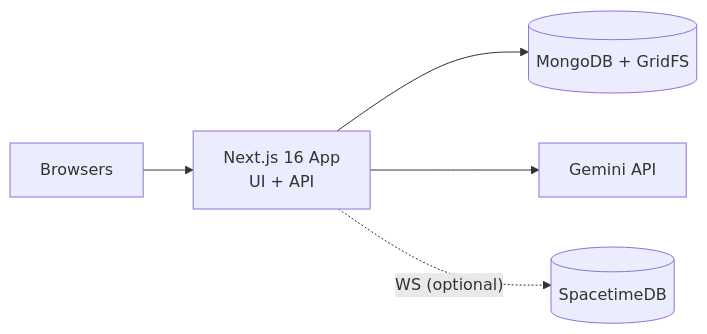
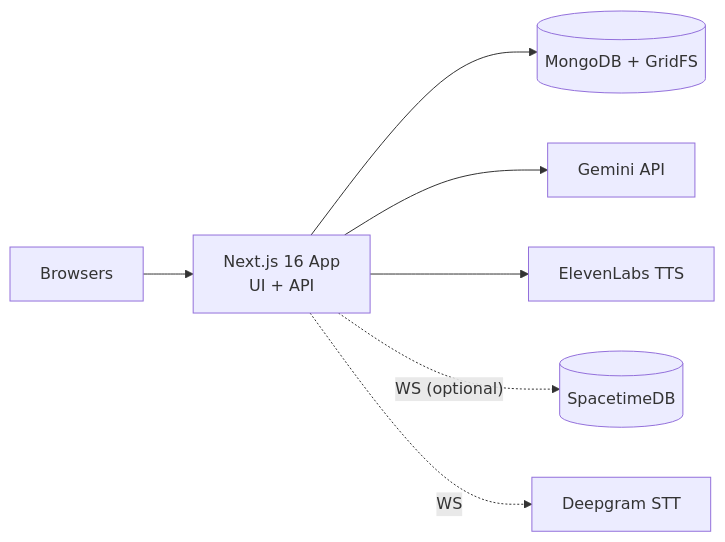
The ninth of 9 diagrams in PULSE_ARCHITECTUREPLAN.md (arvinder004/PULSE_HACKBYTE4.0), drawn with Mermaid before and after one commit. The commit also changed other lines of this file and 1 other file, not shown here.

````diff
--- a/PULSE_ARCHITECTUREPLAN.md
+++ b/PULSE_ARCHITECTUREPLAN.md
@@ -327,8 +523,9 @@
 ```mermaid
 graph LR
   Device[Browsers] --> Next[Next.js 16 App\nUI + API]
   Next --> Mongo[(MongoDB + GridFS)]
   Next --> Gemini[Gemini API]
-
+  Next --> ElevenLabs[ElevenLabs TTS]
   Next -. "WS (optional)" .-> STDB[(SpacetimeDB)]
+  Next -. "WS" .-> Deepgram[Deepgram STT]
 ```
````
